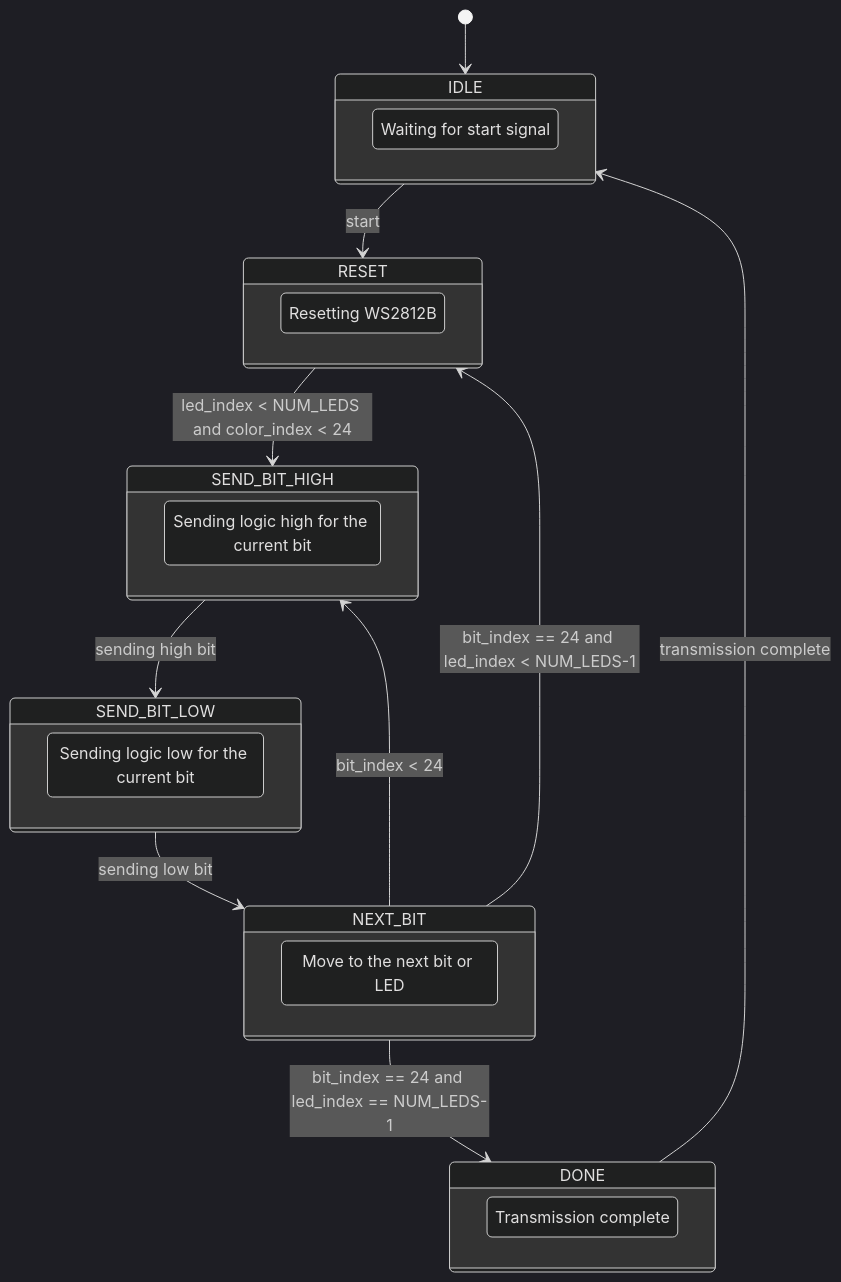
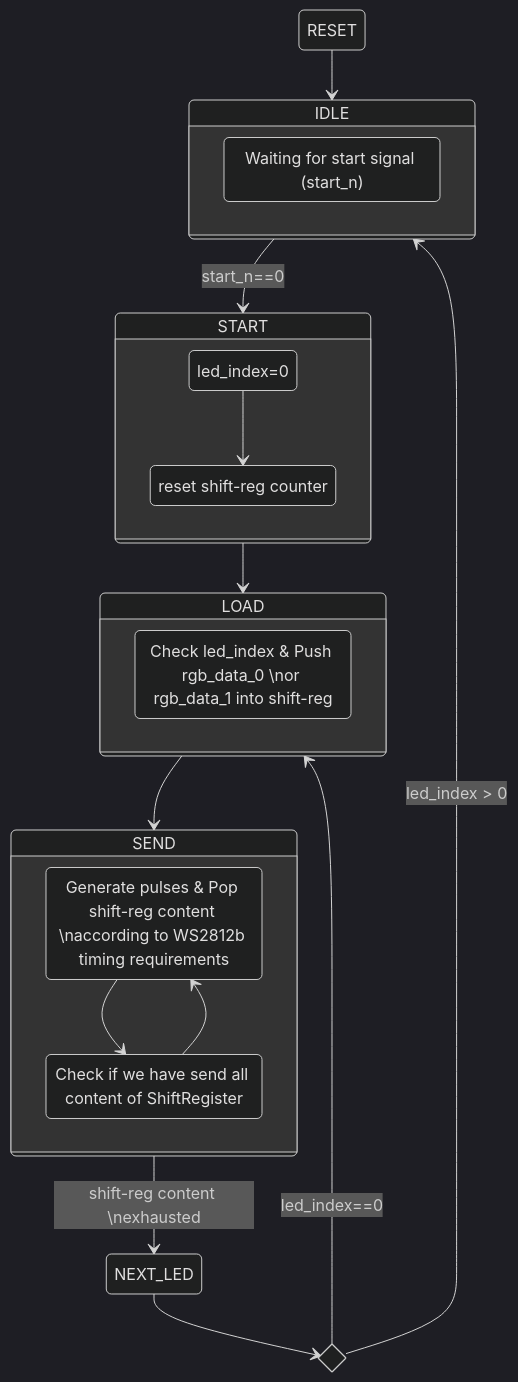
The diagram in Tutorial_Files/Tutorial_3/LatticeMacroKey-Tutorial-03.md (TomatoCube18/Lattice_FPGA_MacroKeys), drawn with Mermaid (dark theme) before and after one commit. The commit also changed other lines of this file, not shown here.

`````diff
--- a/Tutorial_Files/Tutorial_3/LatticeMacroKey-Tutorial-03.md
+++ b/Tutorial_Files/Tutorial_3/LatticeMacroKey-Tutorial-03.md
@@ -63,38 +50,40 @@
 ````mermaid
 stateDiagram-v2
-    [*] --> IDLE
-    IDLE --> RESET: start
-    RESET --> SEND_BIT_HIGH: led_index < NUM_LEDS and color_index < 24
-    SEND_BIT_HIGH --> SEND_BIT_LOW: sending high bit
-    SEND_BIT_LOW --> NEXT_BIT: sending low bit
-    NEXT_BIT --> SEND_BIT_HIGH: bit_index < 24
-    NEXT_BIT --> RESET: bit_index == 24 and led_index < NUM_LEDS-1
-    NEXT_BIT --> DONE: bit_index == 24 and led_index == NUM_LEDS-1
-    DONE --> IDLE: transmission complete
+    RESET --> IDLE
+    IDLE --> START: start_n==0
+    START --> LOAD
+    LOAD --> SEND
+    SEND --> NEXT_LED: shift-reg content \nexhausted
+    state LED_INDEX <<choice>>
+    NEXT_LED --> LED_INDEX
+    LED_INDEX --> IDLE: led_index > 0
+    LED_INDEX --> LOAD: led_index==0
+    %%direction LR
+   
 
     state IDLE {
-        direction LR
-        state "Waiting for start signal" as IDLE_STATE
+    		state "Waiting for start signal (start_n)" as IDLE_STATE   
     }
-    state RESET {
-        direction LR
-        state "Resetting WS2812B" as RESET_STATE
+    
+    state START {
+    		state "led_index=0" as RESETLEDCNT_STATE 
+    		state "reset shift-reg counter" as RESETSR_STATE
+    		RESETLEDCNT_STATE --> RESETSR_STATE
     }
-    state SEND_BIT_HIGH {
-        direction LR
-        state "Sending logic high for the current bit" as SEND_BIT_HIGH_STATE
+    
+    state LOAD {
+    		state "Check led_index & Push rgb_data_0 \nor rgb_data_1 into shift-reg" as LOAD_STATE   
     }
-    state SEND_BIT_LOW {
-        direction LR
-        state "Sending logic low for the current bit" as SEND_BIT_LOW_STATE
+    
+    state SEND {
+    		state "Generate pulses & Pop shift-reg content \naccording to WS2812b timing requirements" as SEND_STATE   
+        state "Check if we have send all content of ShiftRegister" as CHECKSR_STATE
+        SEND_STATE --> CHECKSR_STATE
+        CHECKSR_STATE --> SEND_STATE
+        
     }
-    state NEXT_BIT {
-        direction LR
-        state "Move to the next bit or LED" as NEXT_BIT_STATE
-    }
-    state DONE {
-        direction LR
-        state "Transmission complete" as DONE_STATE
-    }
+    
+    
+    
 
 ````
`````
